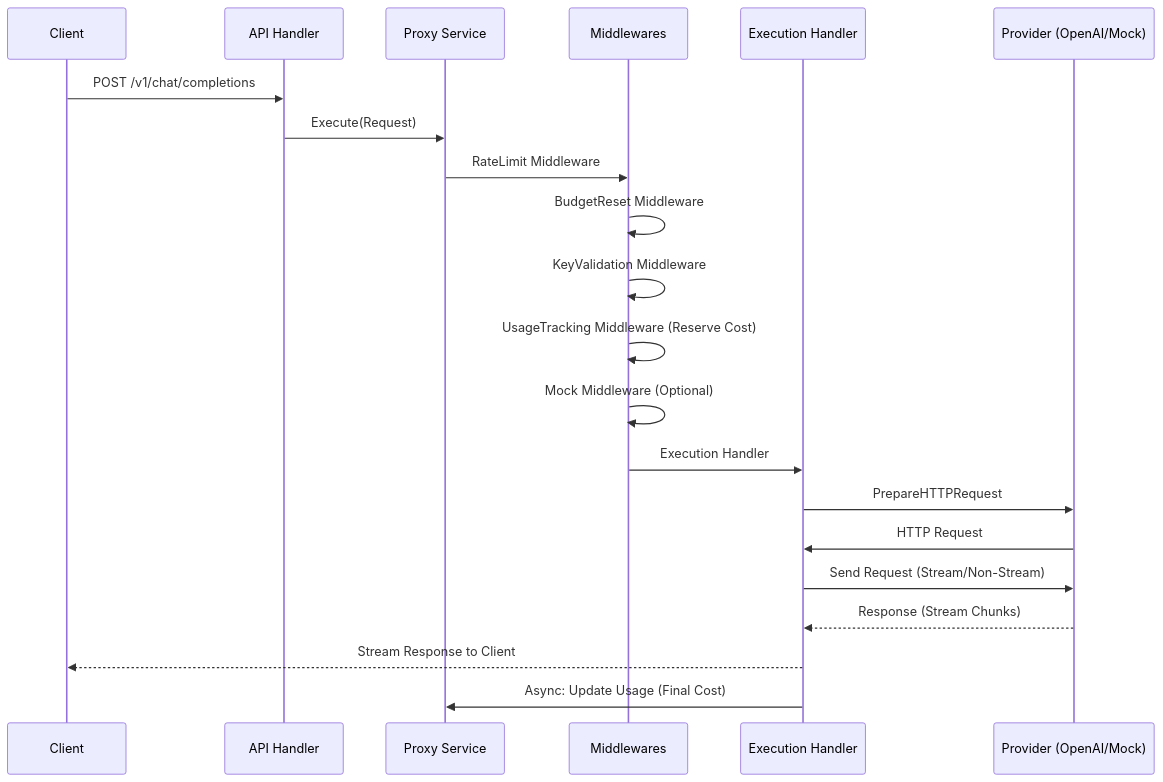
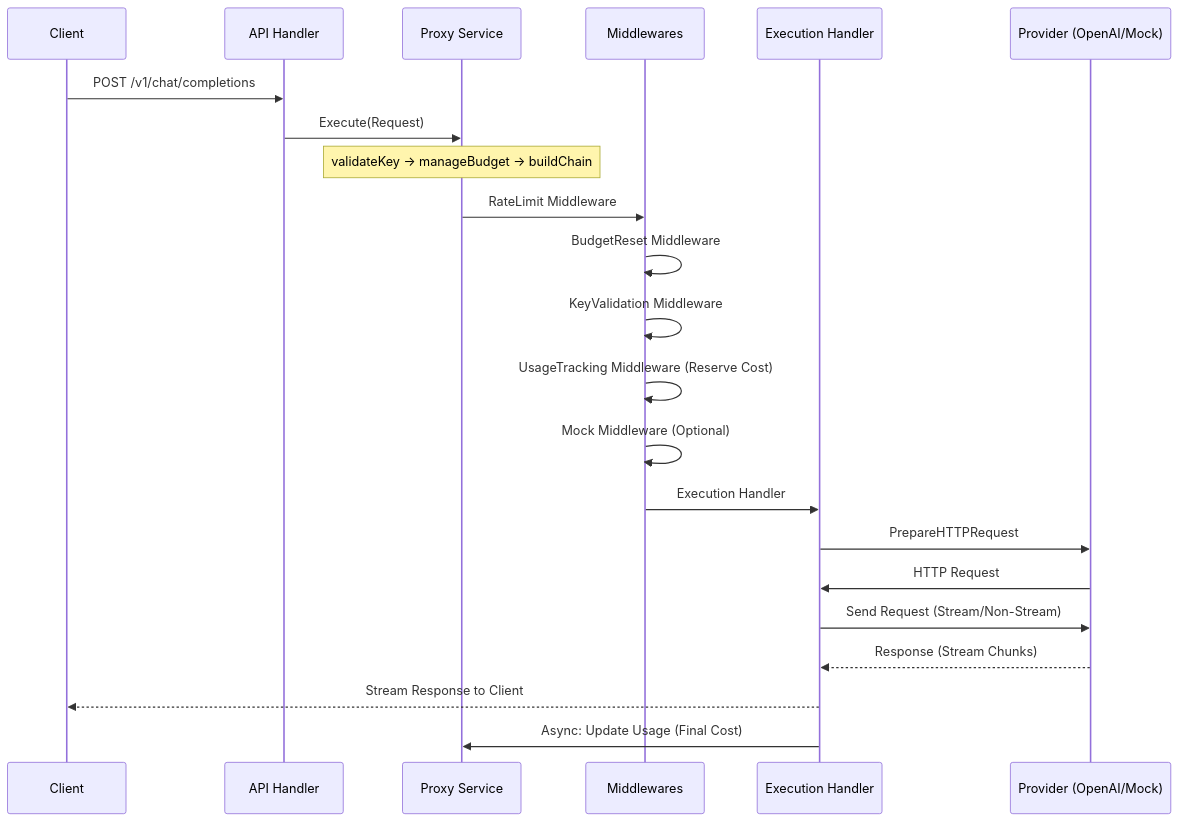
The diagram in ARCHITECTURE.md (tamara1031/pouch-ai), drawn with Mermaid before and after one commit. The commit also changed other lines of this file and 2 other files, not shown here.

````diff
--- a/ARCHITECTURE.md
+++ b/ARCHITECTURE.md
@@ -35,24 +41,25 @@
 ```mermaid
 sequenceDiagram
     participant Client
     participant API as API Handler
     participant Svc as Proxy Service
     participant MW as Middlewares
     participant Exec as Execution Handler
     participant Prov as Provider (OpenAI/Mock)
 
     Client->>API: POST /v1/chat/completions
     API->>Svc: Execute(Request)
+    Note over Svc: validateKey -> manageBudget -> buildChain
     Svc->>MW: RateLimit Middleware
     MW->>MW: BudgetReset Middleware
     MW->>MW: KeyValidation Middleware
     MW->>MW: UsageTracking Middleware (Reserve Cost)
     MW->>MW: Mock Middleware (Optional)
     MW->>Exec: Execution Handler
     Exec->>Prov: PrepareHTTPRequest
     Prov->>Exec: HTTP Request
     Exec->>Prov: Send Request (Stream/Non-Stream)
     Prov-->>Exec: Response (Stream Chunks)
     Exec-->>Client: Stream Response to Client
     Exec->>Svc: Async: Update Usage (Final Cost)
 ```
````
